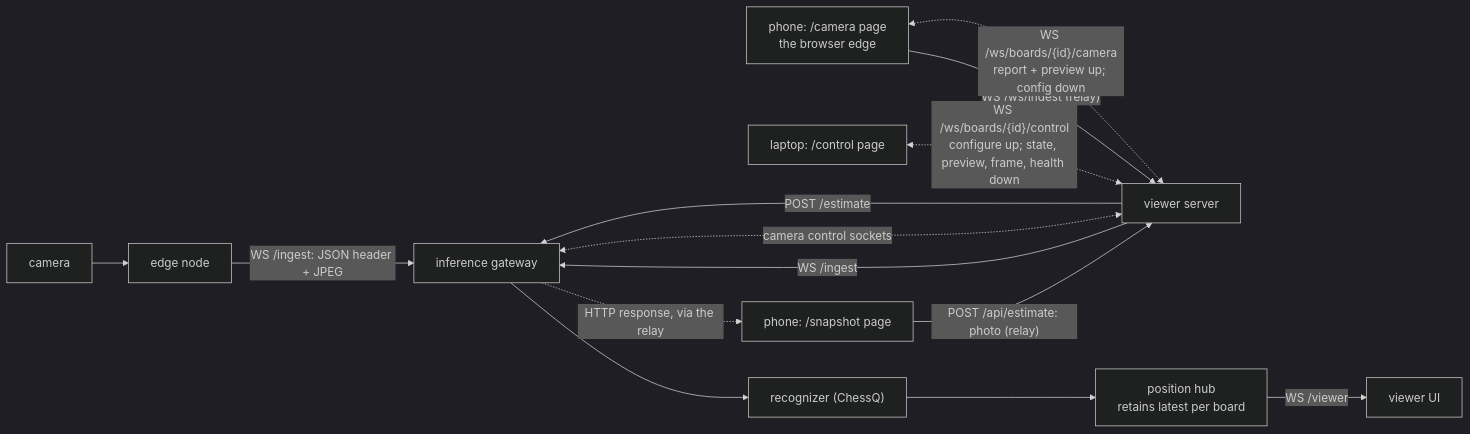
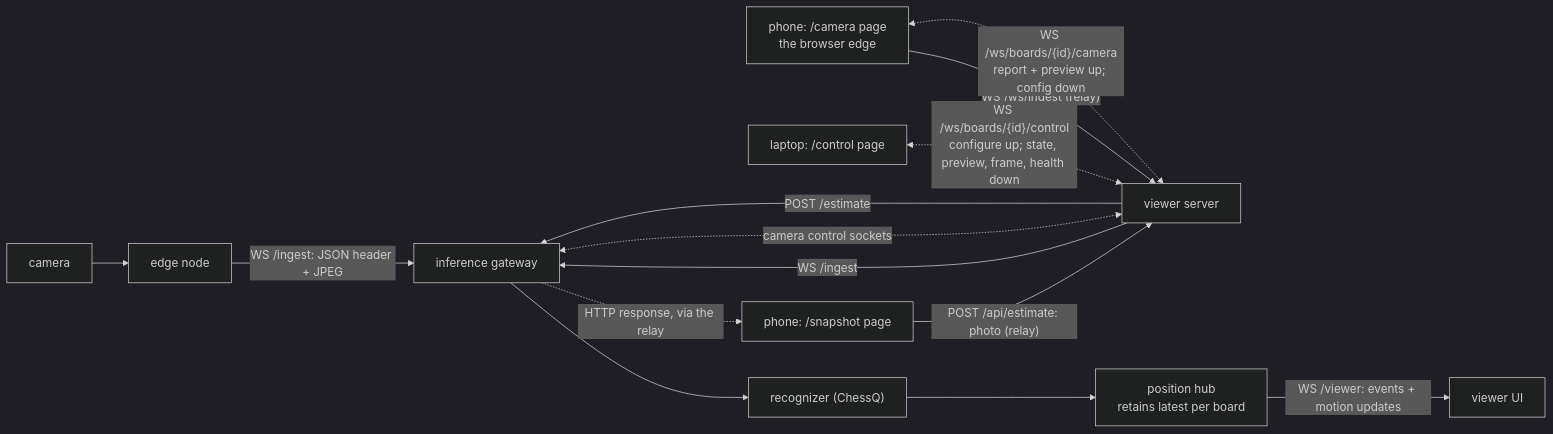
Before and after one commit to membranepotential/board-reader: the diagram in docs/architecture.md, drawn with Mermaid (dark theme). The commit also changed other lines of this file and 1 other file, not shown here.

First line of the commit message:
docs(design): direction guard, motion updates, latency round 2, persisted camera config

````diff
--- a/docs/architecture.md
+++ b/docs/architecture.md
@@ -38,16 +38,16 @@
 ```mermaid
 flowchart LR
   cam[camera] --> edge[edge node]
   edge -->|WS /ingest: JSON header + JPEG| gw[inference gateway]
   camphone[phone: /camera page<br/>the browser edge] -->|"WS /ws/ingest (relay)"| vw[viewer server]
   vw -->|WS /ingest| gw
   laptop[laptop: /control page] <-.->|"WS /ws/boards/{id}/control<br/>configure up; state, preview, frame, health down"| vw
   camphone <-.->|"WS /ws/boards/{id}/camera<br/>report + preview up; config down"| vw
   vw <-.->|camera control sockets| gw
   phone[phone: /snapshot page] -->|"POST /api/estimate: photo (relay)"| vw
   vw -->|POST /estimate| gw
   gw --> rec["recognizer (ChessQ)"]
   rec --> hub[position hub<br/>retains latest per board]
-  hub -->|WS /viewer| viewer[viewer UI]
+  hub -->|"WS /viewer: events + motion updates"| viewer[viewer UI]
   gw -.->|HTTP response, via the relay| phone
 ```
````
